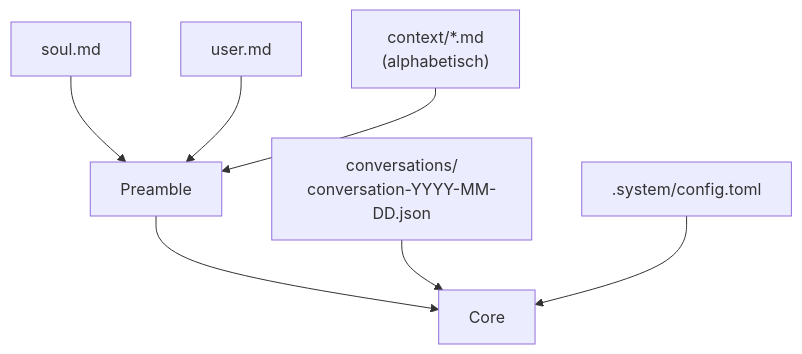
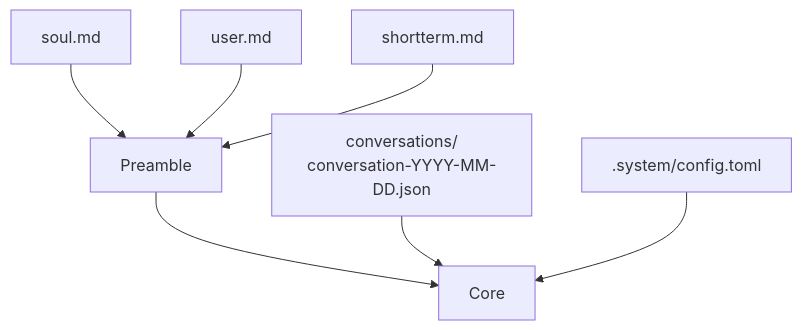
Before and after one commit to Superheld/aiux: the fifth of 5 diagrams in docs/ARCHITECTURE.md, drawn with Mermaid. The commit also changed other lines of this file and 9 other files, not shown here.

First line of the commit message:
refactor(memory): context/*.md → shortterm.md, preamble.rs entfernt

````diff
--- a/docs/ARCHITECTURE.md
+++ b/docs/ARCHITECTURE.md
@@ -168,9 +168,9 @@
 ```mermaid
 flowchart TD
   A[soul.md] --> P[Preamble]
   B[user.md] --> P
-  C["context/*.md\n(alphabetisch)"] --> P
+  C[shortterm.md] --> P
   P --> Core
   H["conversations/\nconversation-YYYY-MM-DD.json"] --> Core
   Config[".system/config.toml"] --> Core
 ```
````
